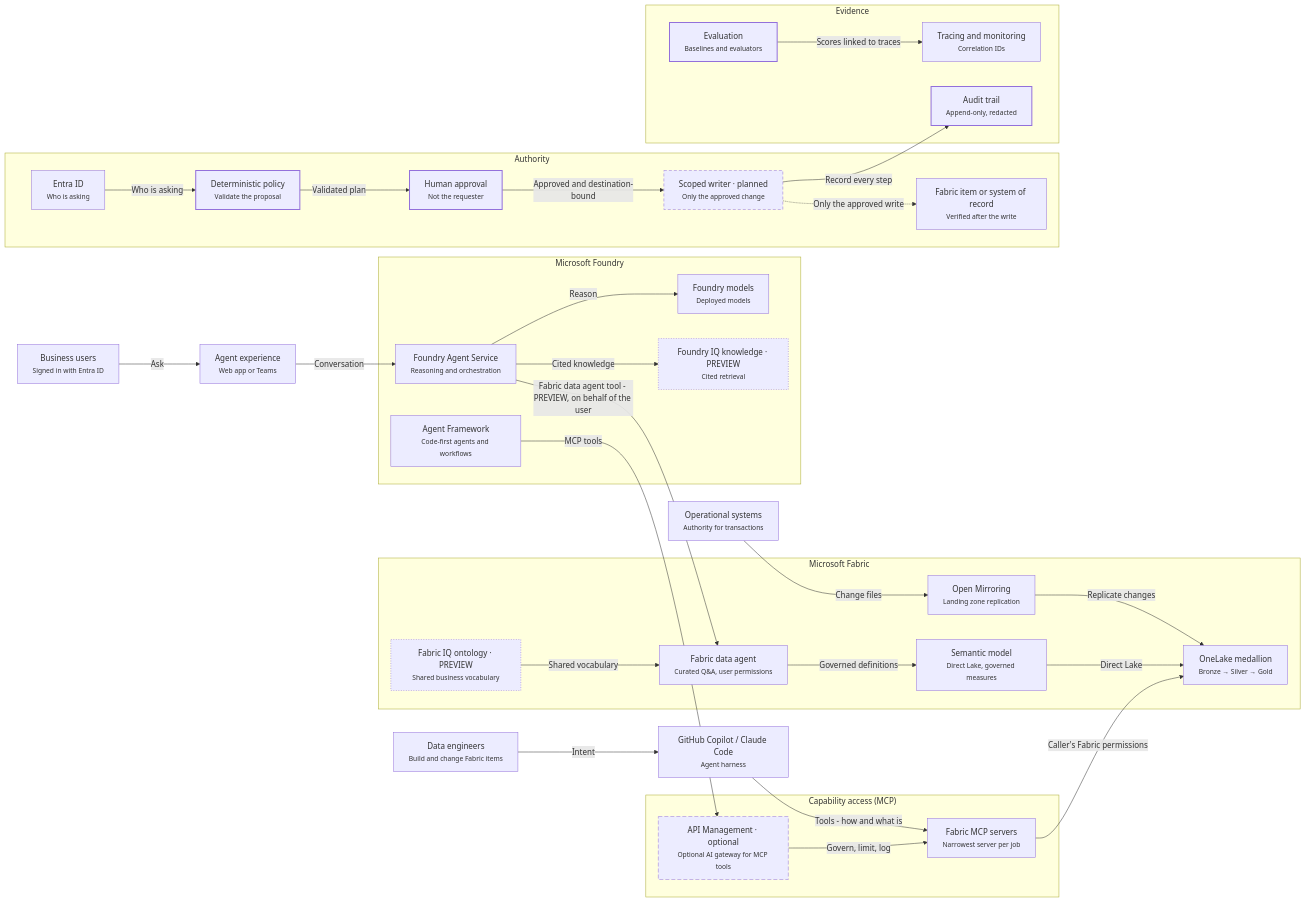
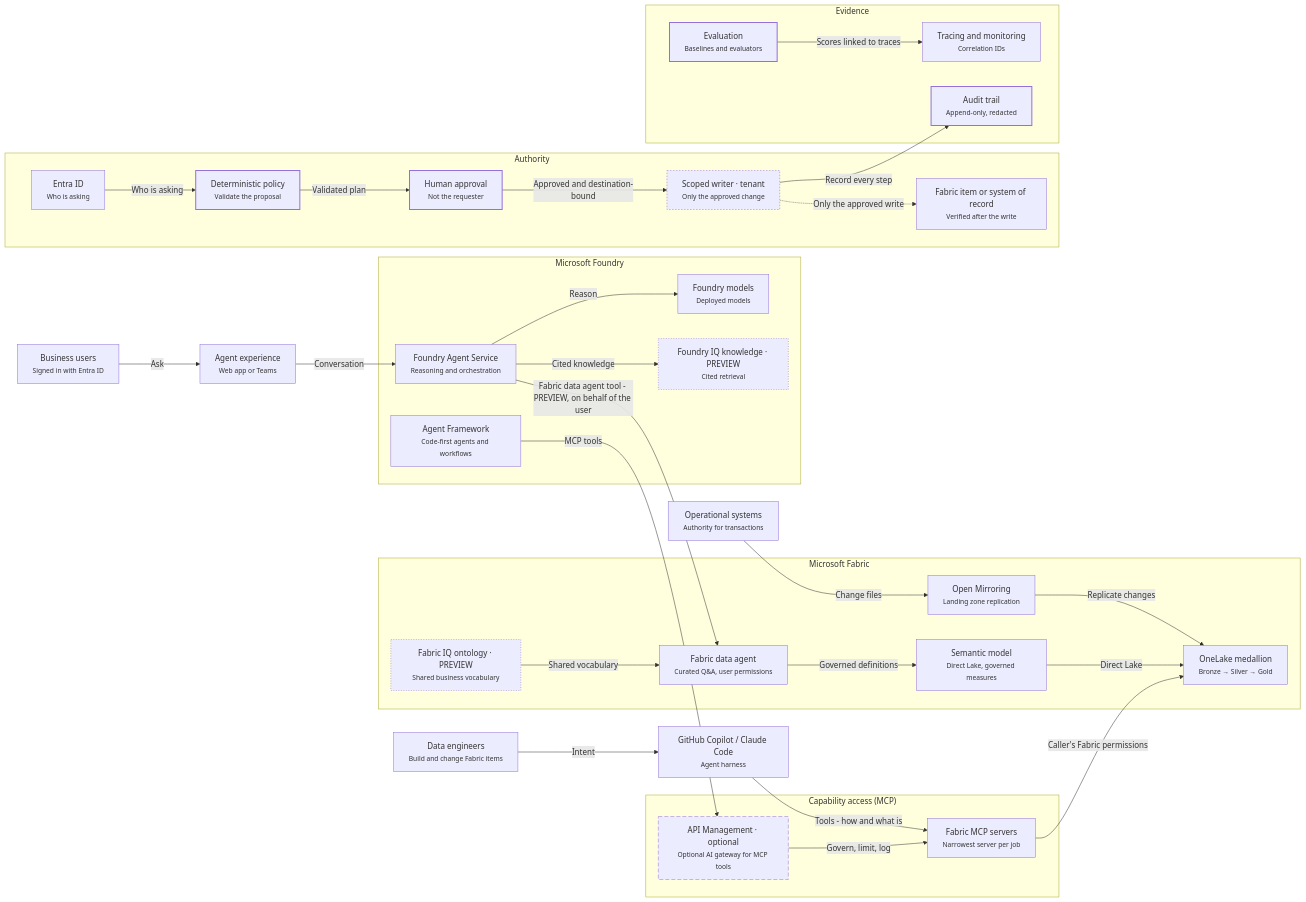
The diagram in docs/architecture/reference-architecture.md (honestypugh2/fabric-foundry-integration-accelerator), drawn with Mermaid before and after one commit. The commit also changed other lines of this file and 143 other files, not shown here.

````diff
--- a/docs/architecture/reference-architecture.md
+++ b/docs/architecture/reference-architecture.md
@@ -26,69 +26,69 @@
 ```mermaid
 flowchart LR
   subgraph foundry_zone["Microsoft Foundry"]
     foundry_models["Foundry models<br/><small>Deployed models</small>"]
     foundry_agent["Foundry Agent Service<br/><small>Reasoning and orchestration</small>"]
     foundry_iq["Foundry IQ knowledge · PREVIEW<br/><small>Cited retrieval</small>"]
     agent_framework["Agent Framework<br/><small>Code-first agents and workflows</small>"]
   end
   subgraph access_zone["Capability access (MCP)"]
     apim_gateway["API Management · optional<br/><small>Optional AI gateway for MCP tools</small>"]
     fabric_mcp["Fabric MCP servers<br/><small>Narrowest server per job</small>"]
   end
   subgraph fabric_zone["Microsoft Fabric"]
     fabric_iq["Fabric IQ ontology · PREVIEW<br/><small>Shared business vocabulary</small>"]
     data_agent["Fabric data agent<br/><small>Curated Q&A, user permissions</small>"]
     semantic_model["Semantic model<br/><small>Direct Lake, governed measures</small>"]
     onelake["OneLake medallion<br/><small>Bronze → Silver → Gold</small>"]
     open_mirroring["Open Mirroring<br/><small>Landing zone replication</small>"]
   end
   subgraph authority_zone["Authority"]
     entra["Entra ID<br/><small>Who is asking</small>"]
     policy["Deterministic policy<br/><small>Validate the proposal</small>"]
     approval["Human approval<br/><small>Not the requester</small>"]
-    scoped_writer["Scoped writer · planned<br/><small>Only the approved change</small>"]
+    scoped_writer["Scoped writer · tenant<br/><small>Only the approved change</small>"]
     system_of_record["Fabric item or system of record<br/><small>Verified after the write</small>"]
   end
   subgraph evidence_zone["Evidence"]
     observability["Tracing and monitoring<br/><small>Correlation IDs</small>"]
     evaluation["Evaluation<br/><small>Baselines and evaluators</small>"]
     audit["Audit trail<br/><small>Append-only, redacted</small>"]
   end
   business_users["Business users<br/><small>Signed in with Entra ID</small>"]
   engineers["Data engineers<br/><small>Build and change Fabric items</small>"]
   agent_app["Agent experience<br/><small>Web app or Teams</small>"]
   coding_agents["GitHub Copilot / Claude Code<br/><small>Agent harness</small>"]
   source_systems["Operational systems<br/><small>Authority for transactions</small>"]
   open_mirroring -->|Replicate changes| onelake
   source_systems -->|Change files| open_mirroring
   semantic_model -->|Direct Lake| onelake
   data_agent -->|Governed definitions| semantic_model
   fabric_iq -->|Shared vocabulary| data_agent
   business_users -->|Ask| agent_app
   agent_app -->|Conversation| foundry_agent
   foundry_agent -->|Reason| foundry_models
   foundry_agent -->|Cited knowledge| foundry_iq
   foundry_agent -->|Fabric data agent tool - PREVIEW, on behalf of the user| data_agent
   engineers -->|Intent| coding_agents
   coding_agents -->|Tools - how and what is| fabric_mcp
   agent_framework -->|MCP tools| apim_gateway
   apim_gateway -->|Govern, limit, log| fabric_mcp
   fabric_mcp -->|Caller's Fabric permissions| onelake
   entra -->|Who is asking| policy
   policy -->|Validated plan| approval
   approval -->|Approved and destination-bound| scoped_writer
   scoped_writer -.->|Only the approved write| system_of_record
   scoped_writer -->|Record every step| audit
   evaluation -->|Scores linked to traces| observability
   class business_users,engineers,agent_app,coding_agents,foundry_models,foundry_agent,agent_framework,fabric_mcp,data_agent,semantic_model,onelake,open_mirroring,source_systems,entra,system_of_record,observability documented
   class policy,approval,evaluation,audit implemented
   class apim_gateway optional
-  class scoped_writer planned
   class foundry_iq,fabric_iq preview
+  class scoped_writer tenant_validation
   classDef implemented stroke-width:2px
   classDef planned stroke-dasharray: 6 4
   classDef preview stroke-dasharray: 2 3
   classDef optional stroke-dasharray: 8 4
   classDef documented stroke-width:1px
   classDef tenant_validation stroke-dasharray: 3 3
 ```
````
